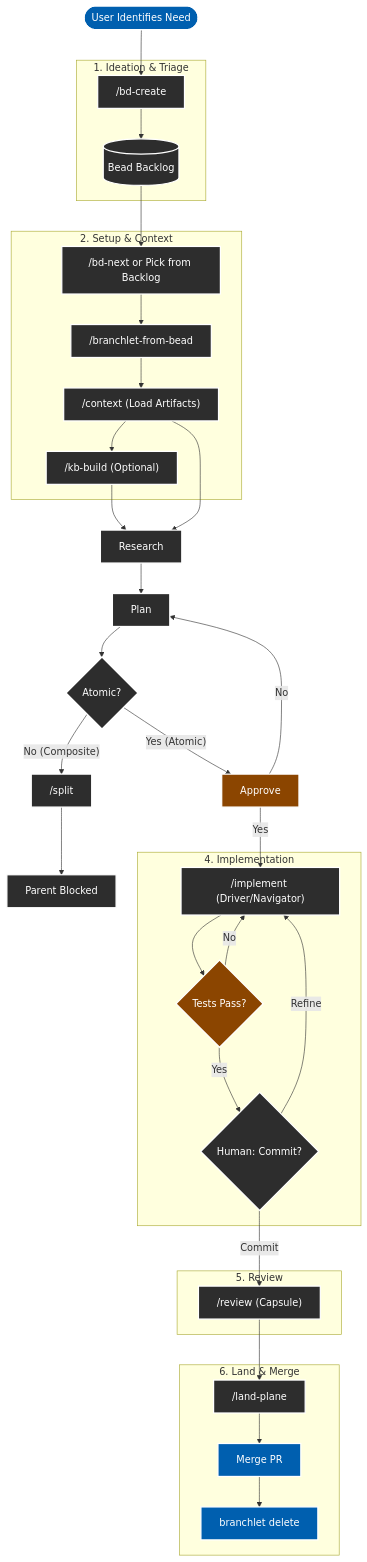
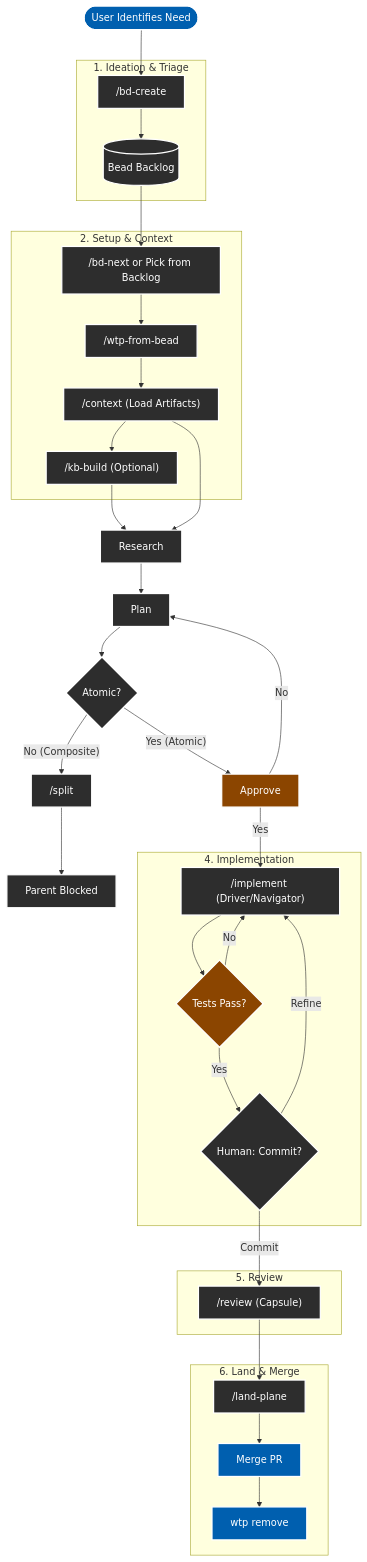
The diagram in templates/AGENTIC_WORKFLOW.md (jveko/amp-maestro), drawn with Mermaid before and after one commit. The commit also changed other lines of this file and 6 other files, not shown here.

First line of the commit message:
refactor: replace branchlet with wtp for worktree management

````diff
--- a/templates/AGENTIC_WORKFLOW.md
+++ b/templates/AGENTIC_WORKFLOW.md
@@ -5,65 +5,65 @@
 ```mermaid
 graph TD
     %% Styling for Dark Mode readability
     classDef default fill:#2d2d2d,stroke:#fff,stroke-width:2px,color:#fff;
     classDef decision fill:#8b4500,stroke:#fff,stroke-width:2px,color:#fff;
     classDef startend fill:#005faf,stroke:#fff,stroke-width:2px,color:#fff;
 
     Start([User Identifies Need]) --> Ideation
     
     subgraph "1. Ideation & Triage"
         Ideation["/bd-create"]
         Backlog[("Bead Backlog")]
     end
     Ideation --> Backlog
     
     subgraph "2. Setup & Context"
         PickWork["/bd-next or Pick from Backlog"]
-        Worktree["/branchlet-from-bead"]
+        Worktree["/wtp-from-bead"]
         Context["/context (Load Artifacts)"]
         Knowledge["/kb-build (Optional)"]
     end
     Backlog --> PickWork
     PickWork --> Worktree
     Worktree --> Context
     Context --> Knowledge
     Knowledge --> Research
     Context --> Research
     Research --> Plan
     Plan --> Complexity{Atomic?}
     
     Complexity -- No (Composite) --> Split["/split"]
     Complexity -- Yes (Atomic) --> Approve
     
     Approve -- No --> Plan
     Split --> Blocked[Parent Blocked]
     
     subgraph "4. Implementation"
         Implement["/implement (Driver/Navigator)"]
         Verify{Tests Pass?}
         HumanCheck{Human: Commit?}
     end
     
     subgraph "5. Review"
         Review["/review (Capsule)"]
     end
     
     Approve -- Yes --> Implement
     Implement --> Verify
     Verify -- No --> Implement
     Verify -- Yes --> HumanCheck
     HumanCheck -- "Refine" --> Implement
     HumanCheck -- "Commit" --> Review
     
     subgraph "6. Land & Merge"
         Land["/land-plane"]
         Merge[Merge PR]
-        Cleanup["branchlet delete"]
+        Cleanup["wtp remove"]
     end
     Review --> Land
     Land --> Merge
     Merge --> Cleanup
     
     class Start,Merge,Cleanup startend;
     class Approve,Verify decision;
 ```
````
